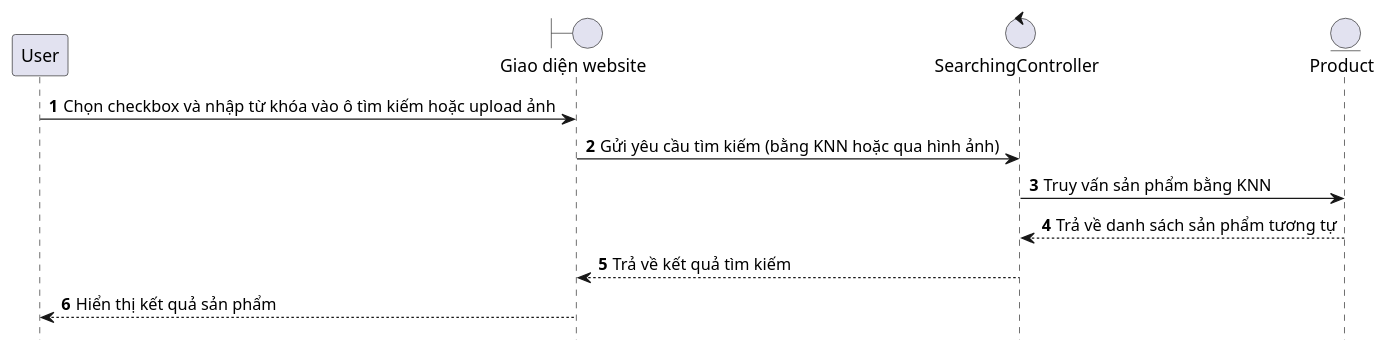
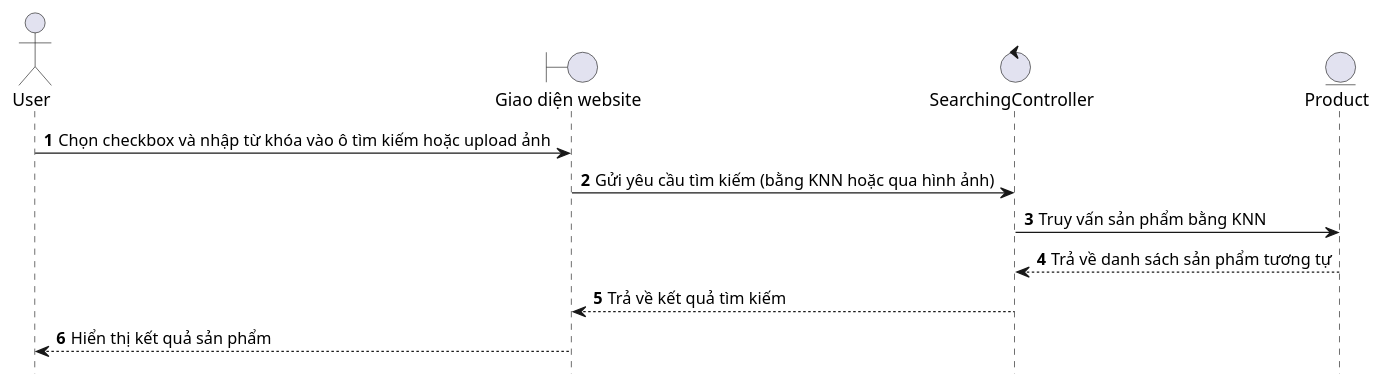
One commit to tuandev1l/e-commerce-code changed the diagram in client/uml/sequence/searchingWithKnn.wsd. Above: the diagram before and after it, drawn with PlantUML. The commit also changed 391 other files, not shown here.

```diff
--- a/client/uml/sequence/searchingWithKnn.wsd
+++ b/client/uml/sequence/searchingWithKnn.wsd
@@ -1,17 +1,17 @@
 @startuml SearchProductKNN
 
 hide footbox
 autonumber
-participant User as user
+actor User as user
 boundary "Giao diện website" as web
 control "SearchingController" as controller
 entity "Product" as productEntity
 
 user -> web: Chọn checkbox và nhập từ khóa vào ô tìm kiếm hoặc upload ảnh
 web -> controller: Gửi yêu cầu tìm kiếm (bằng KNN hoặc qua hình ảnh)
 controller -> productEntity: Truy vấn sản phẩm bằng KNN
 productEntity --> controller: Trả về danh sách sản phẩm tương tự
 controller --> web: Trả về kết quả tìm kiếm
 web --> user: Hiển thị kết quả sản phẩm
 
 @enduml
```
